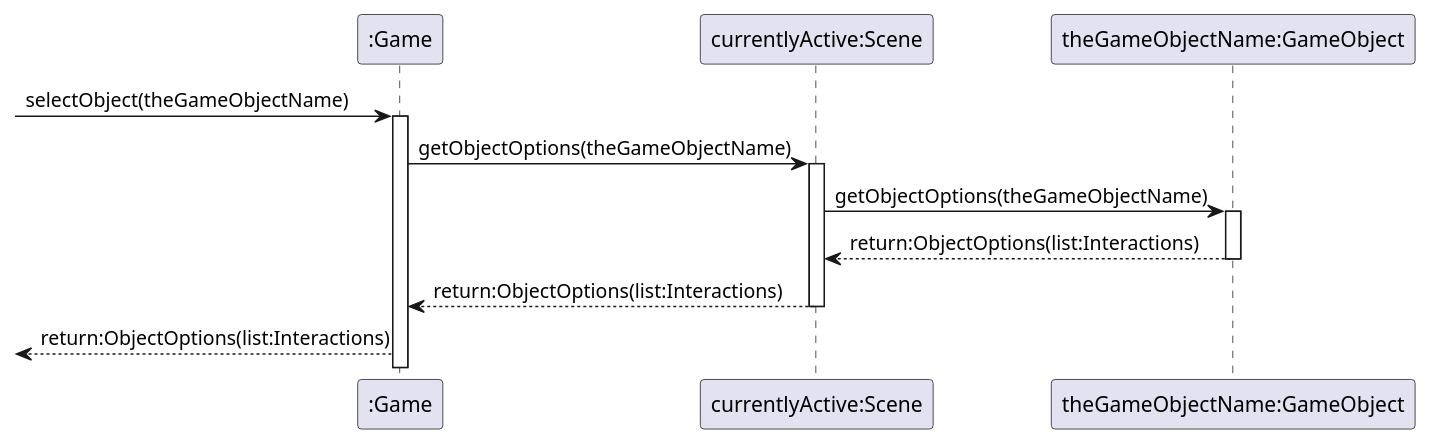
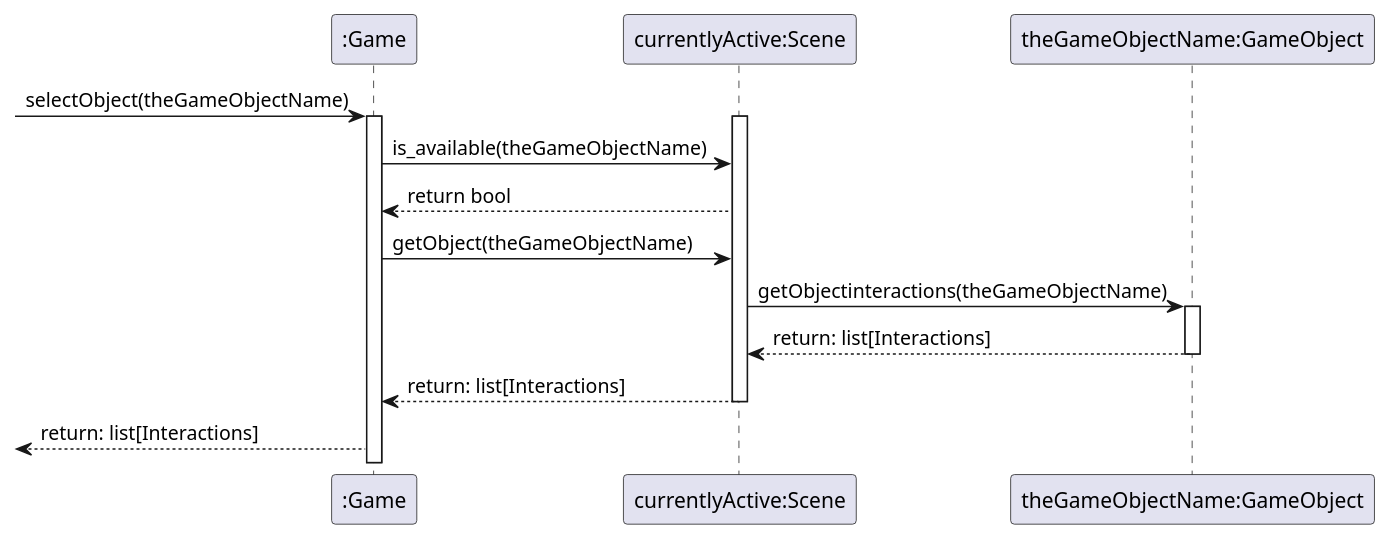
One commit to EdvinKristiansson/PA1459 changed the diagram in selectGameObject.plantuml. Above: the diagram before and after it, drawn with PlantUML. The commit also changed other lines of this file, not shown here.

```diff
--- a/selectGameObject.plantuml
+++ b/selectGameObject.plantuml
@@ -1,19 +2,21 @@
-@startuml
+@startuml selectObject(theGameObjectName)
 
 participant ":Game" as gm
 participant "currentlyActive:Scene" as sc
 participant "theGameObjectName:GameObject" as go
 
 -> gm : selectObject(theGameObjectName)
 activate gm
-gm -> sc :getObjectOptions(theGameObjectName)
 activate sc
-sc -> go :getObjectOptions(theGameObjectName)
+gm -> sc: is_available(theGameObjectName) 
+sc --> gm: return bool
+gm -> sc :getObject(theGameObjectName)
+sc -> go :getObjectinteractions(theGameObjectName)
 activate go
-go --> sc :return:ObjectOptions(list:Interactions)
+go --> sc :return: list[Interactions]
 deactivate go
-sc --> gm :return:ObjectOptions(list:Interactions)
+sc --> gm :return: list[Interactions]
 deactivate sc
-<-- gm :return:ObjectOptions(list:Interactions)
+<-- gm :return: list[Interactions]
 
 @enduml
```
